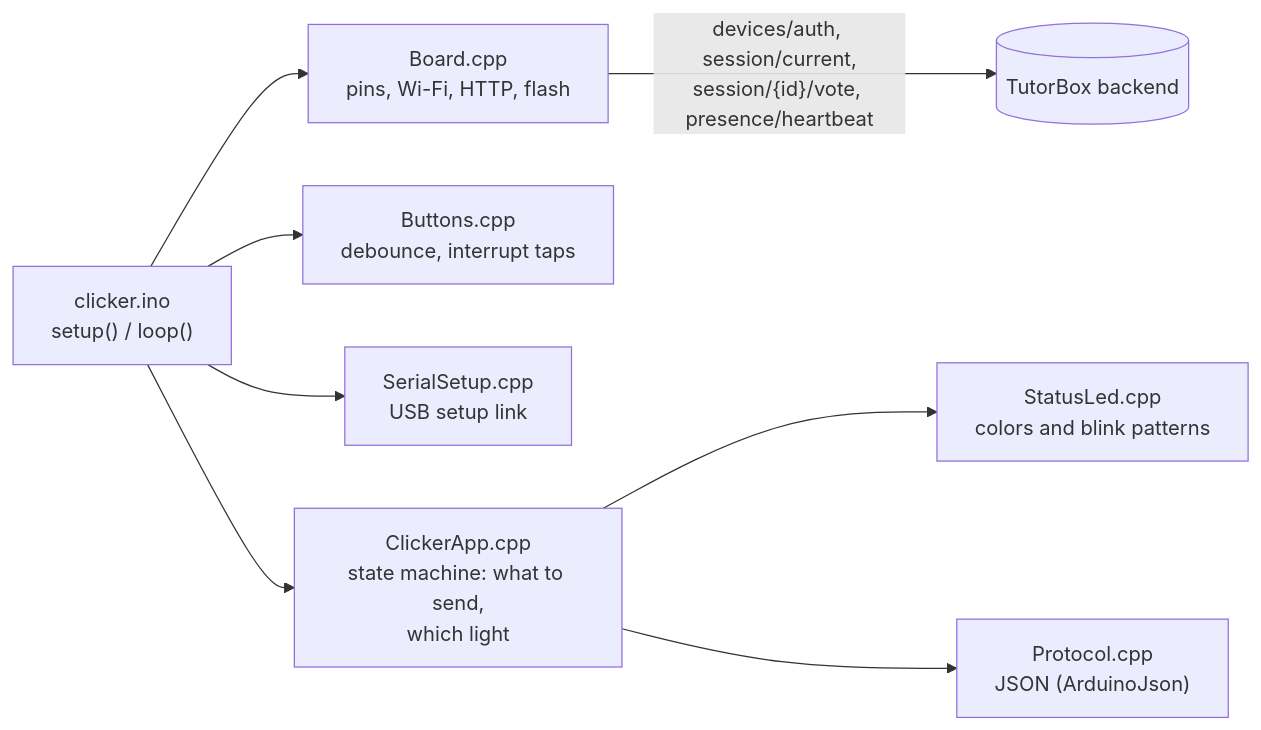
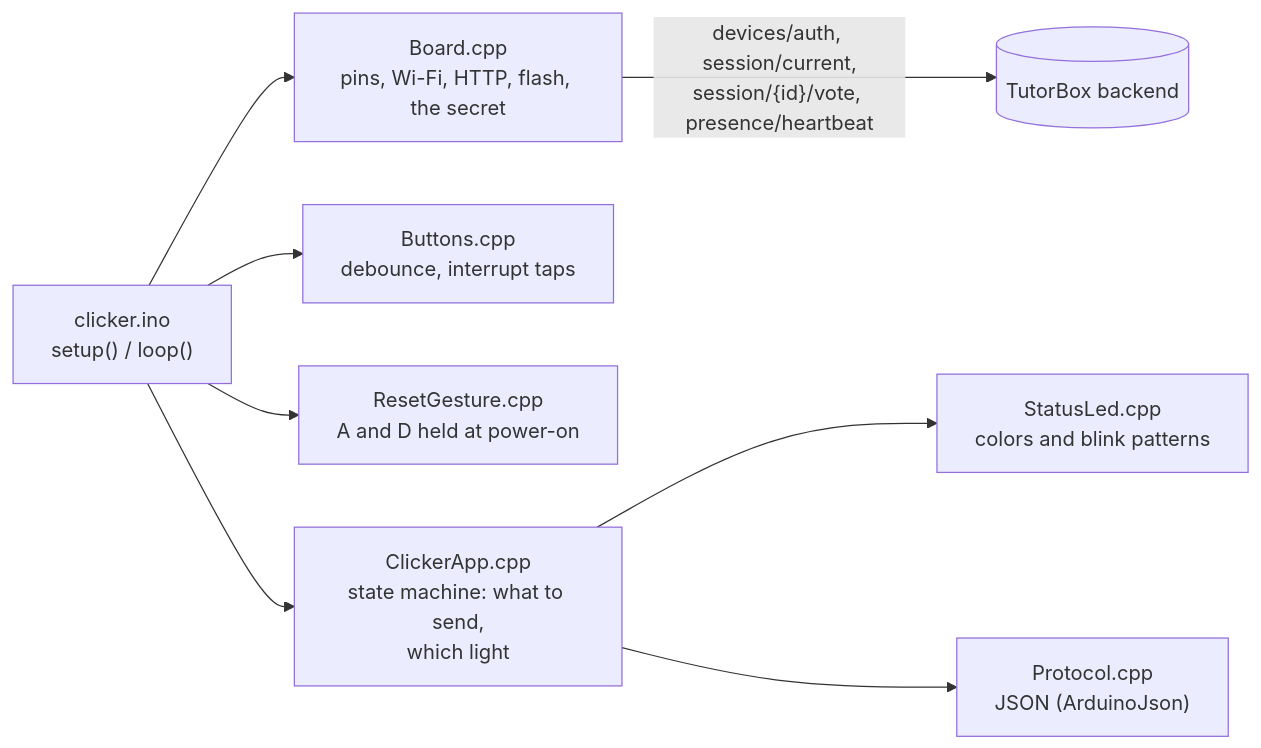
Before and after one commit to GabGP/TutorBox: the second of 2 diagrams in firmware/clicker/README.md, drawn with Mermaid. The commit also changed other lines of this file and 21 other files, not shown here.

Commit message:
feat(firmware): make the clicker's own secret on first boot and add a reset gesture

````diff
--- a/firmware/clicker/README.md
+++ b/firmware/clicker/README.md
@@ -310,10 +336,10 @@
 ```mermaid
 graph LR
-    INO["clicker.ino<br/>setup() / loop()"] --> BOARD["Board.cpp<br/>pins, Wi-Fi, HTTP, flash"]
+    INO["clicker.ino<br/>setup() / loop()"] --> BOARD["Board.cpp<br/>pins, Wi-Fi, HTTP, flash, the secret"]
     INO --> BTN["Buttons.cpp<br/>debounce, interrupt taps"]
-    INO --> SETUP["SerialSetup.cpp<br/>USB setup link"]
+    INO --> RESET["ResetGesture.cpp<br/>A and D held at power-on"]
     INO --> APP["ClickerApp.cpp<br/>state machine: what to send,<br/>which light"]
     APP --> LED["StatusLed.cpp<br/>colors and blink patterns"]
     APP --> PROTO["Protocol.cpp<br/>JSON (ArduinoJson)"]
     BOARD -->|"devices/auth, session/current,<br/>session/{id}/vote, presence/heartbeat"| API[("TutorBox backend")]
 ```
````
